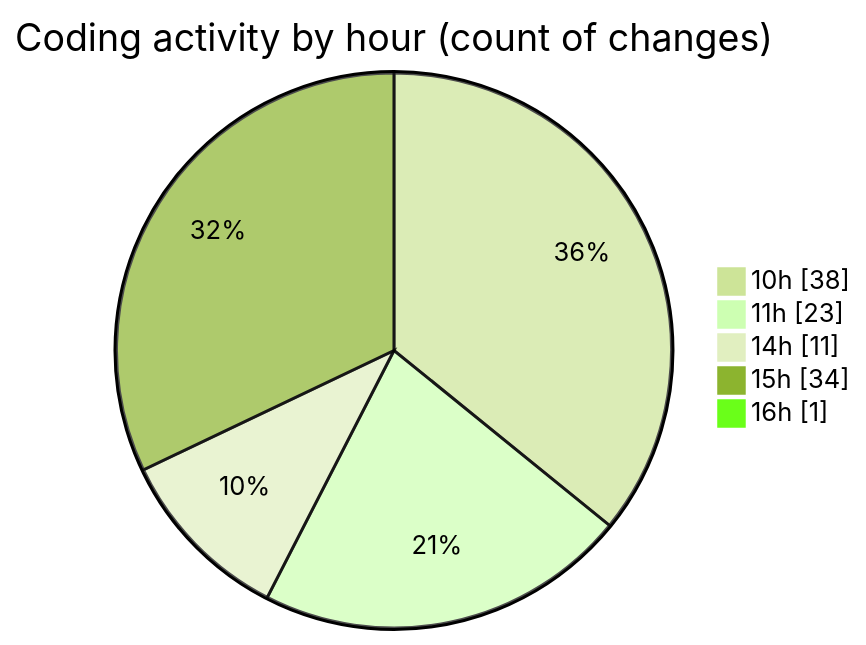
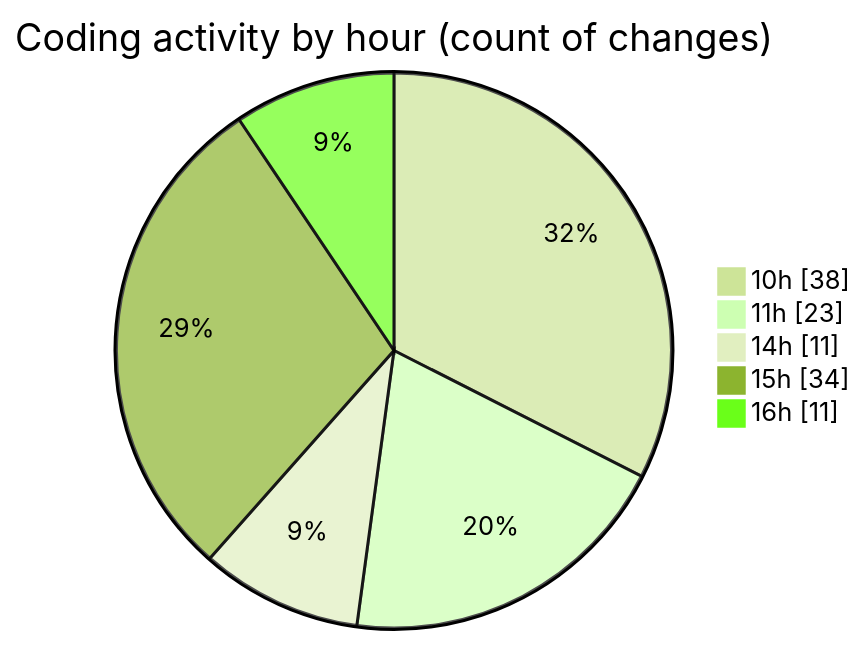
Before and after one commit to nxtqubesakshisongat/code-tracking: the second of 2 diagrams in 2026-03-10/nxtqube_webapp/README.md, drawn with Mermaid (forest theme). The commit also changed other lines of this file and 1 other file, not shown here.

````diff
--- a/2026-03-10/nxtqube_webapp/README.md
+++ b/2026-03-10/nxtqube_webapp/README.md
@@ -41,9 +50,9 @@
 ```mermaid
 pie showData
 title Coding activity by hour (count of changes)
 "10h" : 38
 "11h" : 23
 "14h" : 11
 "15h" : 34
-"16h" : 1
+"16h" : 11
 ```
````
